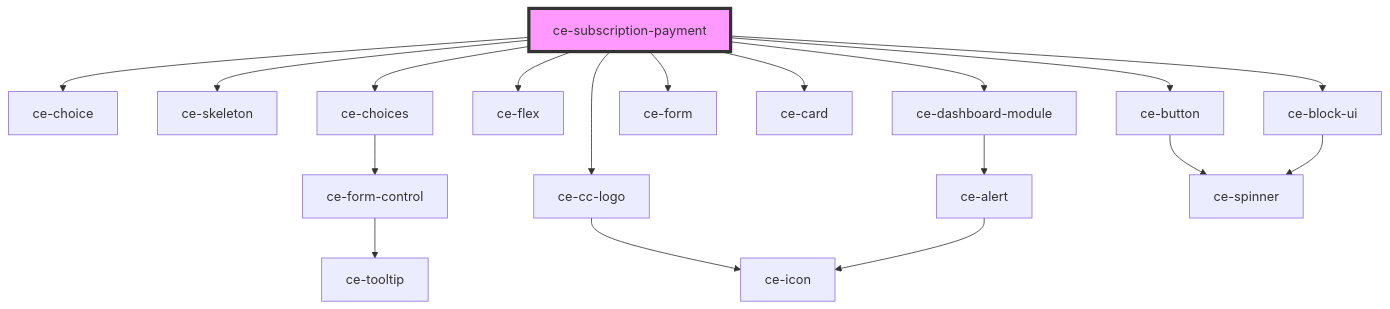
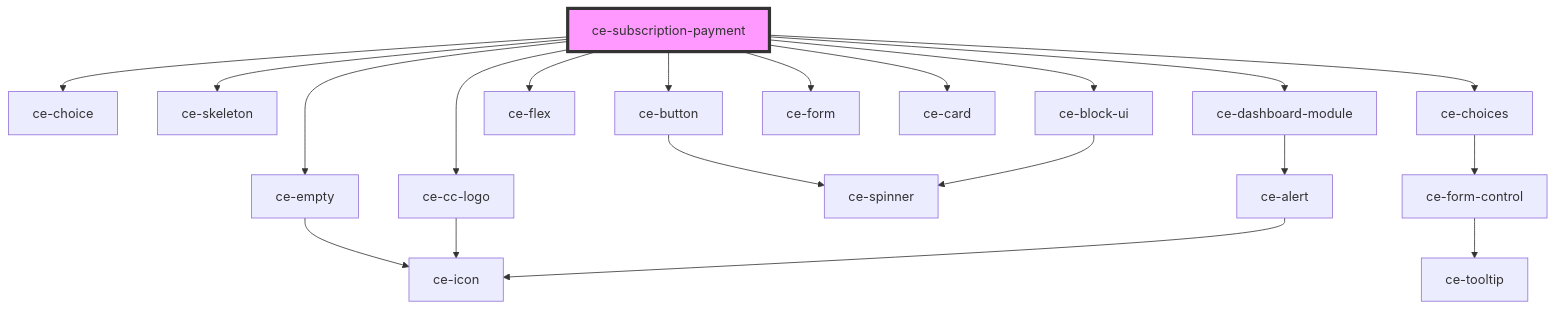
The diagram in packages/components/src/components/controllers/dashboard/subscription-payment/readme.md (surecart/surecart-wp-plugin), drawn with Mermaid before and after one commit. The commit also changed other lines of this file and 84 other files, not shown here.

````diff
--- a/packages/components/src/components/controllers/dashboard/subscription-payment/readme.md
+++ b/packages/components/src/components/controllers/dashboard/subscription-payment/readme.md
@@ -36,21 +37,23 @@
 ```mermaid
 graph TD;
   ce-subscription-payment --> ce-choice
   ce-subscription-payment --> ce-skeleton
+  ce-subscription-payment --> ce-button
+  ce-subscription-payment --> ce-empty
   ce-subscription-payment --> ce-choices
   ce-subscription-payment --> ce-flex
   ce-subscription-payment --> ce-cc-logo
   ce-subscription-payment --> ce-dashboard-module
   ce-subscription-payment --> ce-form
   ce-subscription-payment --> ce-card
-  ce-subscription-payment --> ce-button
   ce-subscription-payment --> ce-block-ui
+  ce-button --> ce-spinner
+  ce-empty --> ce-icon
   ce-choices --> ce-form-control
   ce-form-control --> ce-tooltip
   ce-cc-logo --> ce-icon
   ce-dashboard-module --> ce-alert
   ce-alert --> ce-icon
-  ce-button --> ce-spinner
   ce-block-ui --> ce-spinner
   style ce-subscription-payment fill:#f9f,stroke:#333,stroke-width:4px
 ```
````
